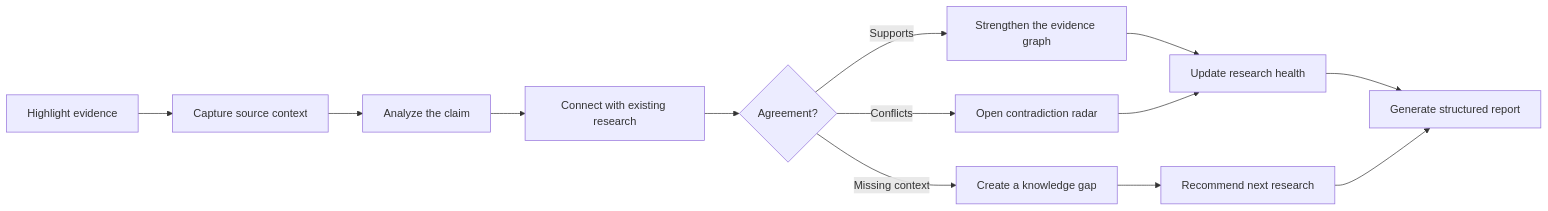
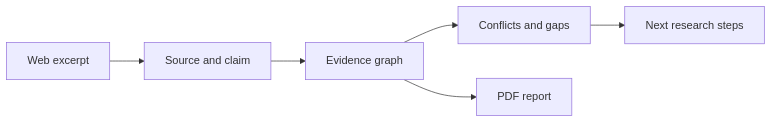
The diagram in README.md (Sujeeth-Sai/Thread-AI), drawn with Mermaid before and after one commit. The commit also changed other lines of this file, not shown here.

````diff
--- a/README.md
+++ b/README.md
@@ -35,15 +19,8 @@
 ```mermaid
 flowchart LR
-    A[Highlight evidence] --> B[Capture source context]
-    B --> C[Analyze the claim]
-    C --> D[Connect with existing research]
-    D --> E{Agreement?}
-    E -->|Supports| F[Strengthen the evidence graph]
-    E -->|Conflicts| G[Open contradiction radar]
-    E -->|Missing context| H[Create a knowledge gap]
-    F --> I[Update research health]
-    G --> I
-    H --> J[Recommend next research]
-    I --> K[Generate structured report]
-    J --> K
+    A[Web excerpt] --> B[Source and claim]
+    B --> C[Evidence graph]
+    C --> D[Conflicts and gaps]
+    D --> E[Next research steps]
+    C --> F[PDF report]
 ```
````
